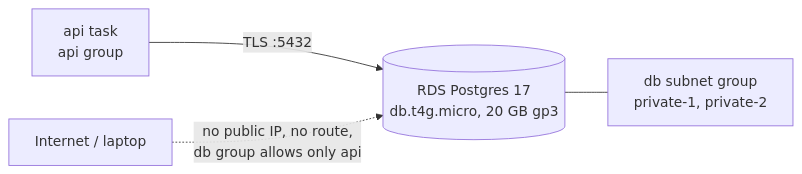
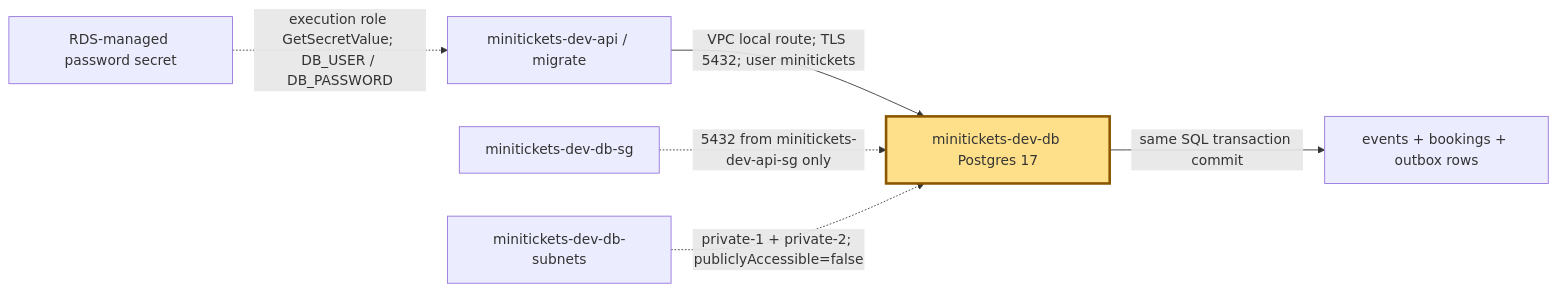
Before and after one commit to maheshnd/minitickets: the first of 2 diagrams in docs/handbook/concepts/rds-postgres.md, drawn with Mermaid. The commit also changed other lines of this file and 43 other files, not shown here.

````diff
--- a/docs/handbook/concepts/rds-postgres.md
+++ b/docs/handbook/concepts/rds-postgres.md
@@ -19,6 +13,10 @@
 ```mermaid
 flowchart LR
-    api["api task<br/>api group"] -->|"TLS :5432"| db[("RDS Postgres 17<br/>db.t4g.micro, 20 GB gp3")]
-    db --- sg["db subnet group<br/>private-1, private-2"]
-    net["Internet / laptop"] -.->|"no public IP, no route,<br/>db group allows only api"| db
+    A["minitickets-dev-api / migrate"] -->|"VPC local route; TLS 5432; user minitickets"| D["minitickets-dev-db Postgres 17"]
+    SG["minitickets-dev-db-sg"] -.->|"5432 from minitickets-dev-api-sg only"| D
+    N["minitickets-dev-db-subnets"] -.->|"private-1 + private-2; publiclyAccessible=false"| D
+    S["RDS-managed password secret"] -.->|"execution role GetSecretValue; DB_USER / DB_PASSWORD"| A
+    D -->|"same SQL transaction commit"| B["events + bookings + outbox rows"]
+    classDef focus fill:#ffe08a,stroke:#8a5700,stroke-width:3px
+    class D focus
 ```
````
